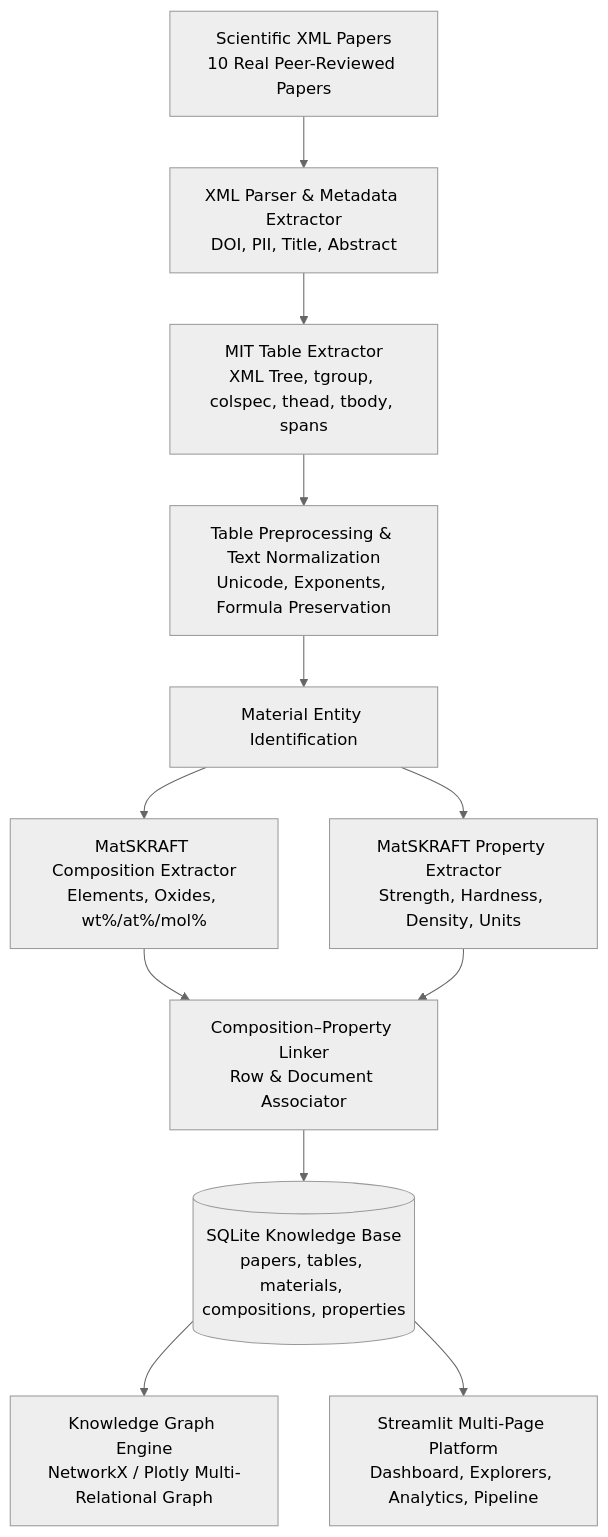
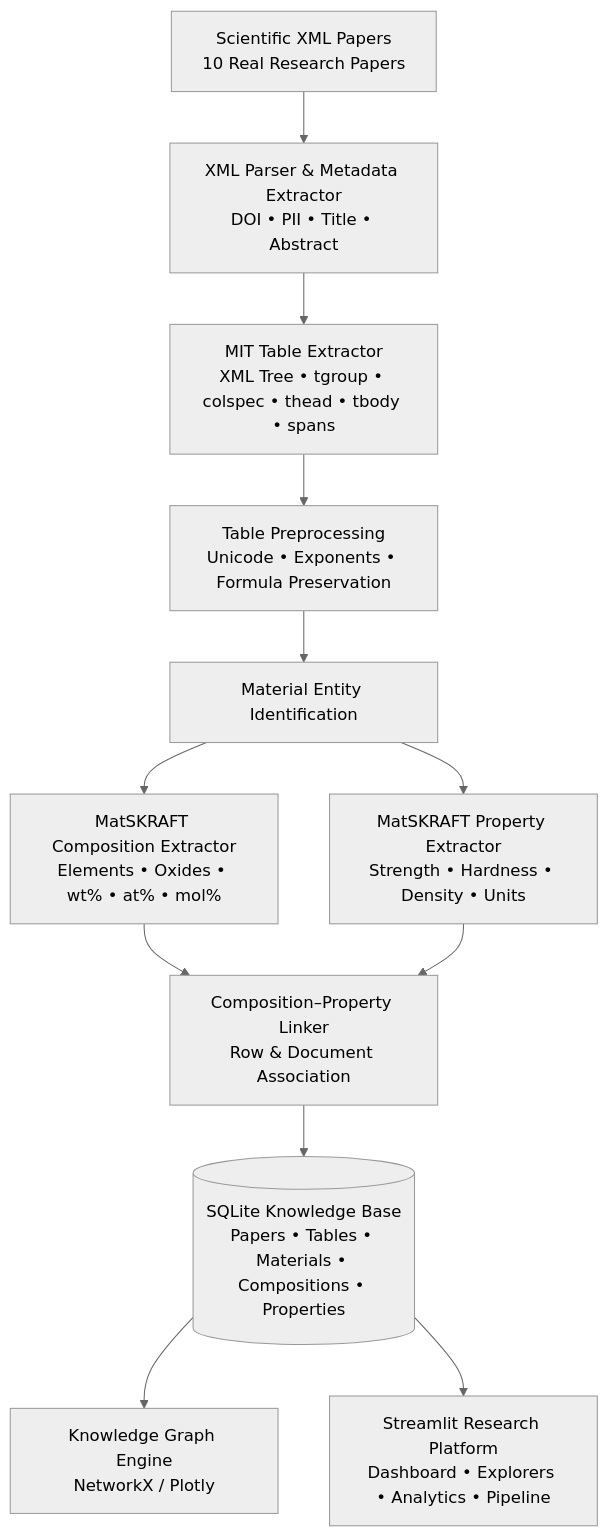
Before and after one commit to ysahil2509/MatGraph-Extractor: the first of 2 diagrams in README.md, drawn with Mermaid (neutral theme). The commit also changed other lines of this file, not shown here.

````diff
--- a/README.md
+++ b/README.md
@@ -35,13 +236,26 @@
 ```mermaid
 flowchart TD
-    A[Scientific XML Papers\n10 Real Peer-Reviewed Papers] --> B[XML Parser & Metadata Extractor\nDOI, PII, Title, Abstract]
-    B --> C[MIT Table Extractor\nXML Tree, tgroup, colspec, thead, tbody, spans]
-    C --> D[Table Preprocessing & Text Normalization\nUnicode, Exponents, Formula Preservation]
-    D --> E[Material Entity Identification]
-    E --> F[MatSKRAFT Composition Extractor\nElements, Oxides, wt%/at%/mol%]
-    E --> G[MatSKRAFT Property Extractor\nStrength, Hardness, Density, Units]
-    F & G --> H[Composition–Property Linker\nRow & Document Associator]
-    H --> I[(SQLite Knowledge Base\npapers, tables, materials, compositions, properties)]
-    I --> J[Knowledge Graph Engine\nNetworkX / Plotly Multi-Relational Graph]
-    I --> K[Streamlit Multi-Page Platform\nDashboard, Explorers, Analytics, Pipeline]
+    A["Scientific XML Papers<br/>10 Real Research Papers"]
+    B["XML Parser & Metadata Extractor<br/>DOI • PII • Title • Abstract"]
+    C["MIT Table Extractor<br/>XML Tree • tgroup • colspec • thead • tbody • spans"]
+    D["Table Preprocessing<br/>Unicode • Exponents • Formula Preservation"]
+    E["Material Entity Identification"]
+    F["MatSKRAFT Composition Extractor<br/>Elements • Oxides • wt% • at% • mol%"]
+    G["MatSKRAFT Property Extractor<br/>Strength • Hardness • Density • Units"]
+    H["Composition–Property Linker<br/>Row & Document Association"]
+    I[("SQLite Knowledge Base<br/>Papers • Tables • Materials • Compositions • Properties")]
+    J["Knowledge Graph Engine<br/>NetworkX / Plotly"]
+    K["Streamlit Research Platform<br/>Dashboard • Explorers • Analytics • Pipeline"]
+
+    A --> B
+    B --> C
+    C --> D
+    D --> E
+    E --> F
+    E --> G
+    F --> H
+    G --> H
+    H --> I
+    I --> J
+    I --> K
 ```
````
